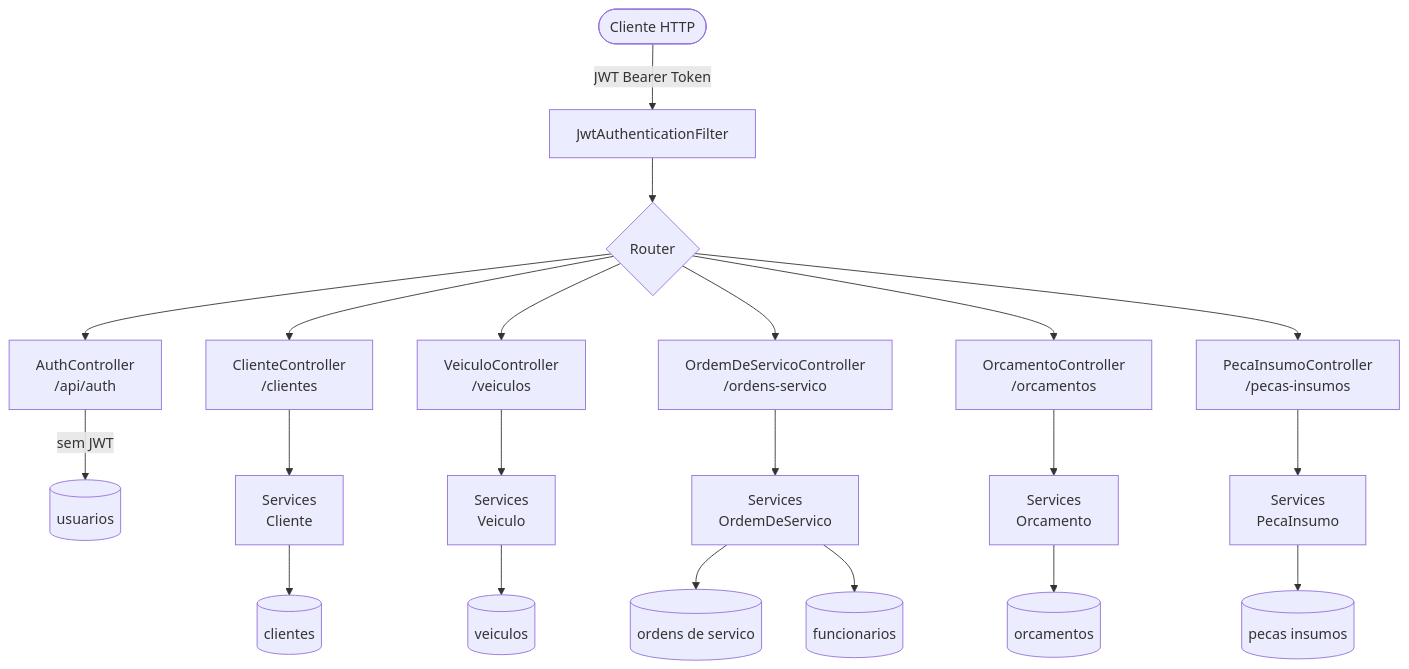
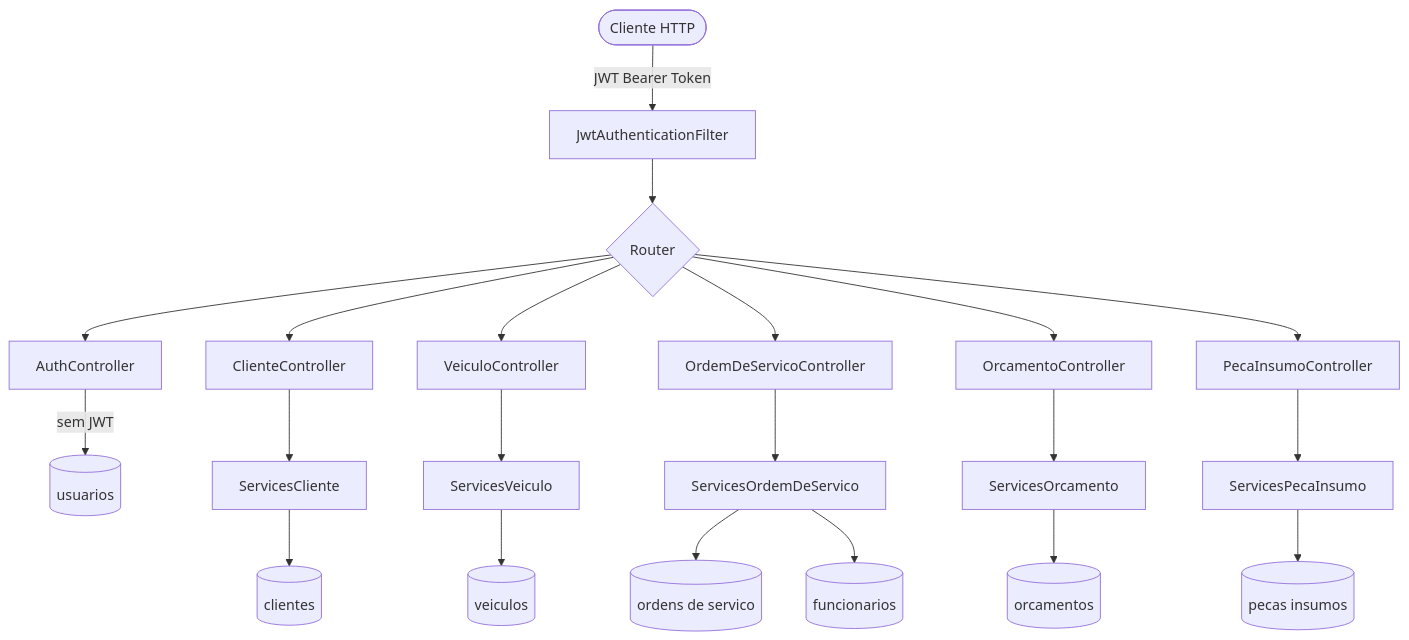
Before and after one commit to soat13-oficina/oficina-app: the first of 7 diagrams in docs/fluxograma.md, drawn with Mermaid.

Commit message:
docs: remove quebras de linha desnecessarias nos labels do fluxograma

````diff
--- a/docs/fluxograma.md
+++ b/docs/fluxograma.md
@@ -5,26 +5,26 @@
 ```mermaid
 flowchart TD
     CLIENT([Cliente HTTP]) -->|JWT Bearer Token| SEC[JwtAuthenticationFilter]
     SEC --> ROUTER{Router}
 
-    ROUTER --> AUTH["AuthController\n/api/auth"]
-    ROUTER --> CLI["ClienteController\n/clientes"]
-    ROUTER --> VEI["VeiculoController\n/veiculos"]
-    ROUTER --> OS["OrdemDeServicoController\n/ordens-servico"]
-    ROUTER --> ORC["OrcamentoController\n/orcamentos"]
-    ROUTER --> PEC["PecaInsumoController\n/pecas-insumos"]
+    ROUTER --> AUTH[AuthController]
+    ROUTER --> CLI[ClienteController]
+    ROUTER --> VEI[VeiculoController]
+    ROUTER --> OS[OrdemDeServicoController]
+    ROUTER --> ORC[OrcamentoController]
+    ROUTER --> PEC[PecaInsumoController]
 
     AUTH -->|sem JWT| UsuarioRepo[(usuarios)]
-    CLI --> CLI_SVC["Services\nCliente"]
-    VEI --> VEI_SVC["Services\nVeiculo"]
-    OS --> OS_SVC["Services\nOrdemDeServico"]
-    ORC --> ORC_SVC["Services\nOrcamento"]
-    PEC --> PEC_SVC["Services\nPecaInsumo"]
+    CLI --> CLI_SVC[ServicesCliente]
+    VEI --> VEI_SVC[ServicesVeiculo]
+    OS --> OS_SVC[ServicesOrdemDeServico]
+    ORC --> ORC_SVC[ServicesOrcamento]
+    PEC --> PEC_SVC[ServicesPecaInsumo]
 
     CLI_SVC --> CLI_REPO[(clientes)]
     VEI_SVC --> VEI_REPO[(veiculos)]
     OS_SVC --> OS_REPO[(ordens de servico)]
     OS_SVC --> FUNC_REPO[(funcionarios)]
     ORC_SVC --> ORC_REPO[(orcamentos)]
     PEC_SVC --> PEC_REPO[(pecas insumos)]
 ```
````
